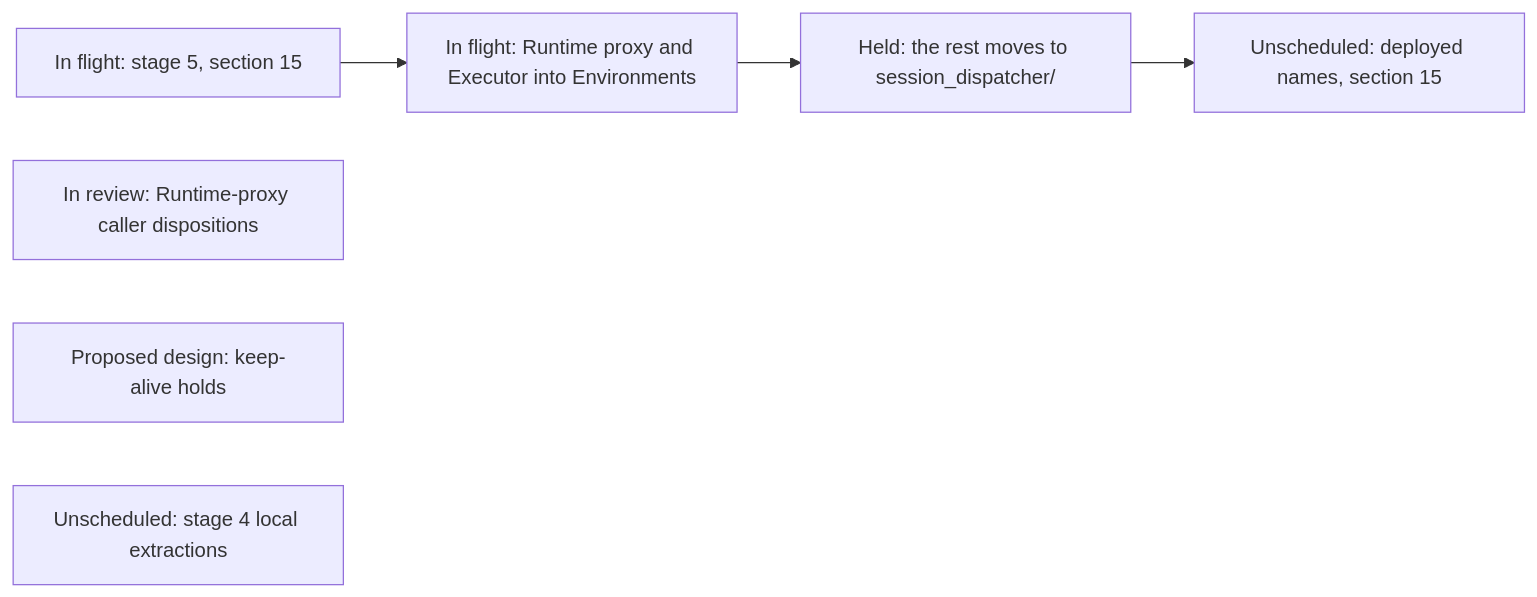
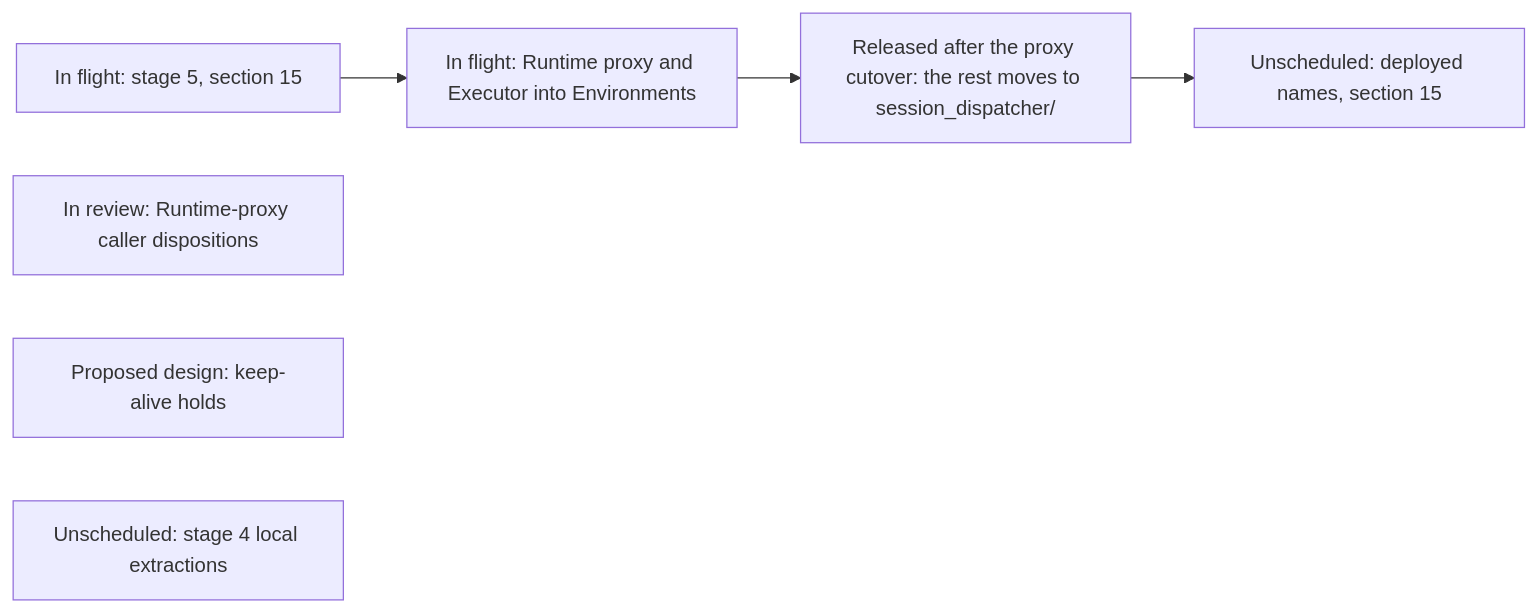
Before and after one commit to agentydragon/ducktape: diagram 21 of 21 in agentplane/plans/task_dag.md, drawn with Mermaid. The commit also changed other lines of this file, not shown here.

First line of the commit message:
agentplane: record lower VM startup priority and the Sessions directory release

````diff
--- a/agentplane/plans/task_dag.md
+++ b/agentplane/plans/task_dag.md
@@ -3960,13 +3965,13 @@
 ```mermaid
 flowchart LR
     PRIVILEGED_BACKEND_AUTH_DESIGN[In flight: stage 5, section 15]
     RUNTIME_PROXY_CALLER_AUDIT[In review: Runtime-proxy caller dispositions]
     RUNTIME_PROXY_TO_ENVIRONMENTS[In flight: Runtime proxy and Executor into Environments]
-    SESSIONS_BINARY_DIRECTORY[Held: the rest moves to session_dispatcher/]
+    SESSIONS_BINARY_DIRECTORY[Released after the proxy cutover: the rest moves to session_dispatcher/]
     ENVIRONMENT_KEEP_ALIVE_HOLDS[Proposed design: keep-alive holds]
     GO_LOCAL_EXTRACTIONS[Unscheduled: stage 4 local extractions]
     RUNNER_GATEWAY_RENAME[Unscheduled: deployed names, section 15]
     PRIVILEGED_BACKEND_AUTH_DESIGN --> RUNTIME_PROXY_TO_ENVIRONMENTS
     RUNTIME_PROXY_TO_ENVIRONMENTS --> SESSIONS_BINARY_DIRECTORY
     SESSIONS_BINARY_DIRECTORY --> RUNNER_GATEWAY_RENAME
 ```
````
